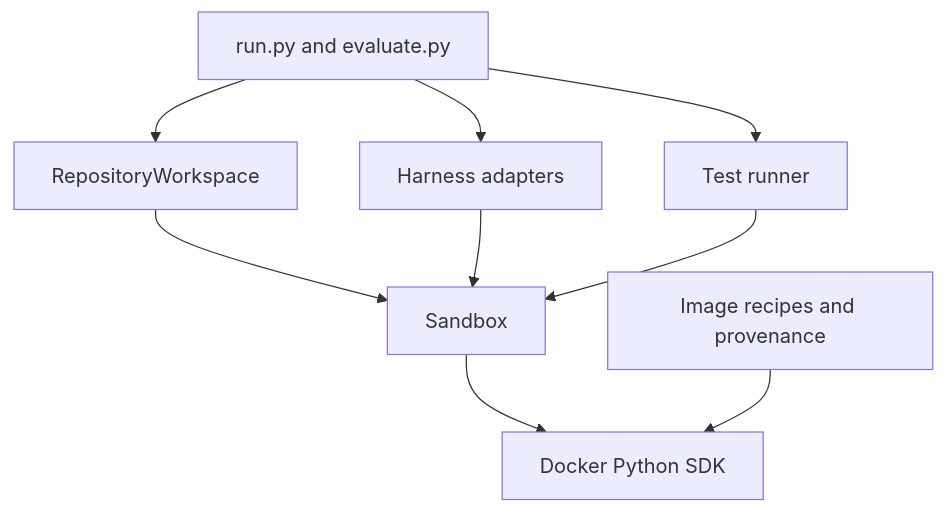
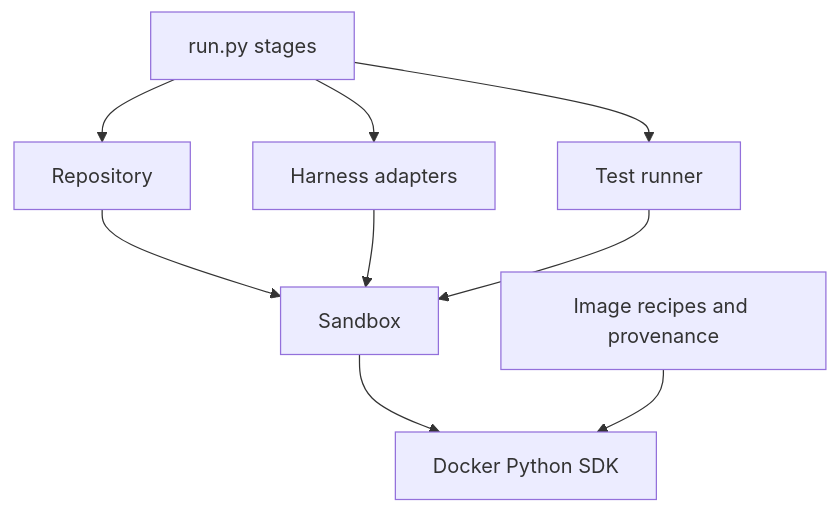
Before and after one commit to JayOrten/oracle-bench: the diagram in docs/containers.md, drawn with Mermaid. The commit also changed other lines of this file and 142 other files, not shown here.

````diff
--- a/docs/containers.md
+++ b/docs/containers.md
@@ -8,11 +8,11 @@
 ```mermaid
 flowchart TD
-    Run[run.py and evaluate.py] --> Workspace[RepositoryWorkspace]
+    Run[run.py stages] --> Workspace[Repository]
     Run --> Harness[Harness adapters]
     Run --> Runner[Test runner]
     Workspace --> Sandbox[Sandbox]
     Harness --> Sandbox
     Runner --> Sandbox
     Sandbox --> SDK[Docker Python SDK]
     Images[Image recipes and provenance] --> SDK
 ```
````
